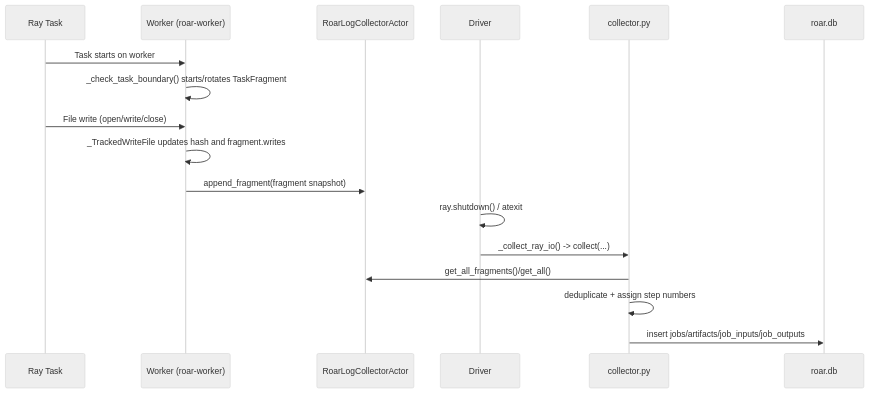
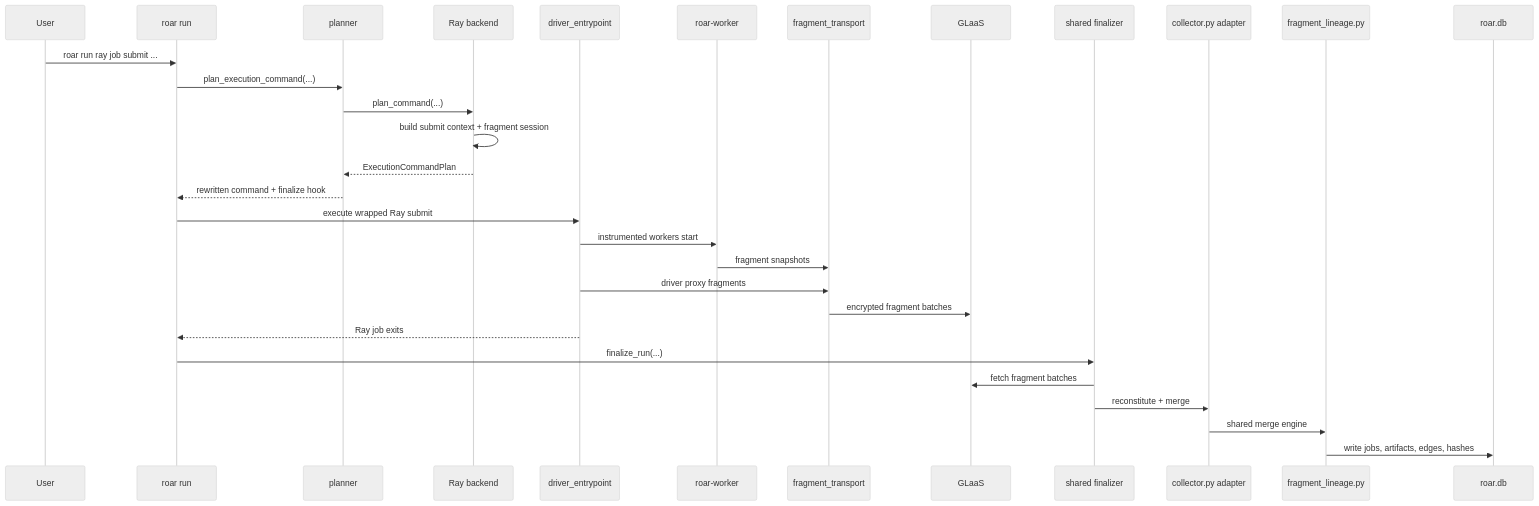
One commit to treqs/roar changed the second of 2 diagrams in docs/developer/ray-integration.md. Above: the diagram before and after it, drawn with Mermaid (neutral theme). The commit also changed other lines of this file and 627 other files, not shown here.

First line of the commit message:
Merge pull request #35 from treqs/tb/ray-integration-refactor

````diff
--- a/docs/developer/ray-integration.md
+++ b/docs/developer/ray-integration.md
@@ -129,20 +187,33 @@
 ```mermaid
 sequenceDiagram
-    participant T as Ray Task
-    participant W as Worker (roar-worker)
-    participant A as RoarLogCollectorActor
-    participant D as Driver
-    participant C as collector.py
+    participant U as User
+    participant R as roar run
+    participant P as planner
+    participant S as Ray backend
+    participant D as driver_entrypoint
+    participant W as roar-worker
+    participant T as fragment_transport
+    participant G as GLaaS
+    participant F as shared finalizer
+    participant C as collector.py adapter
+    participant L as fragment_lineage.py
     participant DB as roar.db
 
-    T->>W: Task starts on worker
-    W->>W: _check_task_boundary() starts/rotates TaskFragment
-    T->>W: File write (open/write/close)
-    W->>W: _TrackedWriteFile updates hash and fragment.writes
-    W->>A: append_fragment(fragment snapshot)
-    D->>D: ray.shutdown() / atexit
-    D->>C: _collect_ray_io() -> collect(...)
-    C->>A: get_all_fragments()/get_all()
-    C->>C: deduplicate + assign step numbers
-    C->>DB: insert jobs/artifacts/job_inputs/job_outputs
+    U->>R: roar run ray job submit ...
+    R->>P: plan_execution_command(...)
+    P->>S: plan_command(...)
+    S->>S: build submit context + fragment session
+    S-->>P: ExecutionCommandPlan
+    P-->>R: rewritten command + finalize hook
+    R->>D: execute wrapped Ray submit
+    D->>W: instrumented workers start
+    W->>T: fragment snapshots
+    D->>T: driver proxy fragments
+    T->>G: encrypted fragment batches
+    D-->>R: Ray job exits
+    R->>F: finalize_run(...)
+    F->>G: fetch fragment batches
+    F->>C: reconstitute + merge
+    C->>L: shared merge engine
+    L->>DB: write jobs, artifacts, edges, hashes
 ```
````
